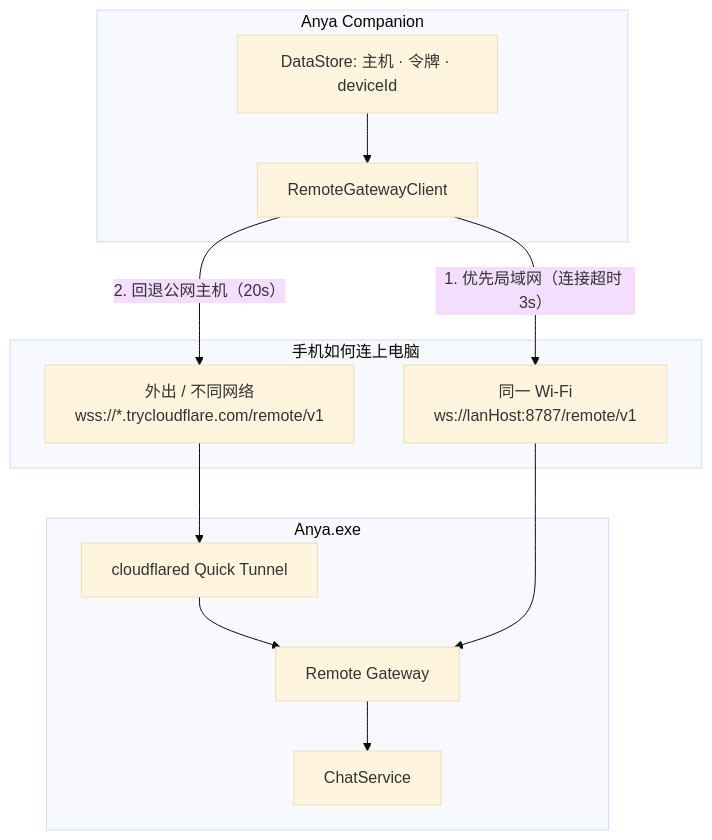
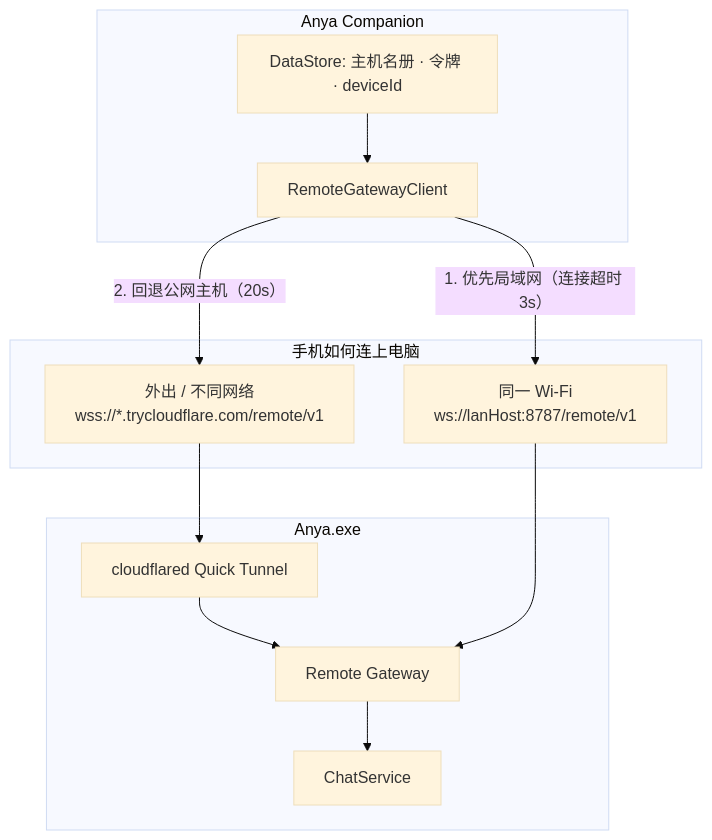
Before and after one commit to rururunu/AnyaAndroid: the second of 4 diagrams in docs/ARCHITECTURE.zh-CN.md, drawn with Mermaid (base theme). The commit also changed other lines of this file and 59 other files, not shown here.

````diff
--- a/docs/ARCHITECTURE.zh-CN.md
+++ b/docs/ARCHITECTURE.zh-CN.md
@@ -108,24 +124,24 @@
 ```mermaid
 flowchart TB
   subgraph Phone["Anya Companion"]
-    Prefs[DataStore: 主机 · 令牌 · deviceId]
+    Prefs[DataStore: 主机名册 · 令牌 · deviceId]
     Client[RemoteGatewayClient]
     Prefs --> Client
   end
 
   subgraph Path["手机如何连上电脑"]
     LAN["同一 Wi-Fi<br/>ws://lanHost:8787/remote/v1"]
     CF["外出 / 不同网络<br/>wss://*.trycloudflare.com/remote/v1"]
   end
 
   subgraph Desktop["Anya.exe"]
     GW[Remote Gateway]
     Tunnel[cloudflared Quick Tunnel]
     Chat[ChatService]
     GW --> Chat
     Tunnel --> GW
   end
 
   Client -->|"1. 优先局域网（连接超时 3s）"| LAN --> GW
   Client -->|"2. 回退公网主机（20s）"| CF --> Tunnel
 ```
````
